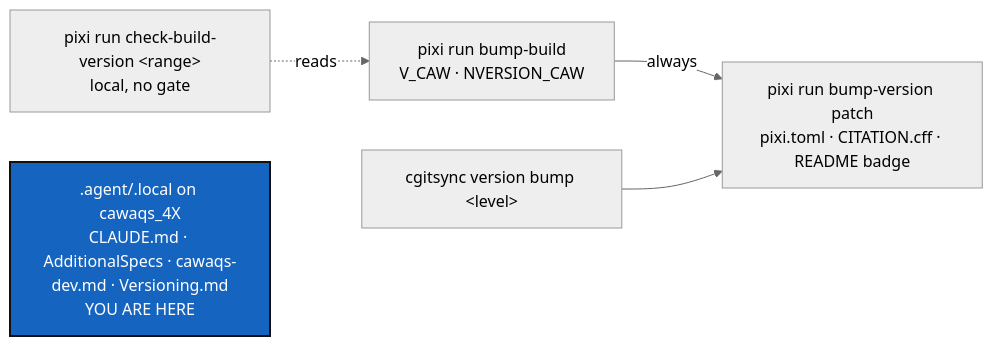
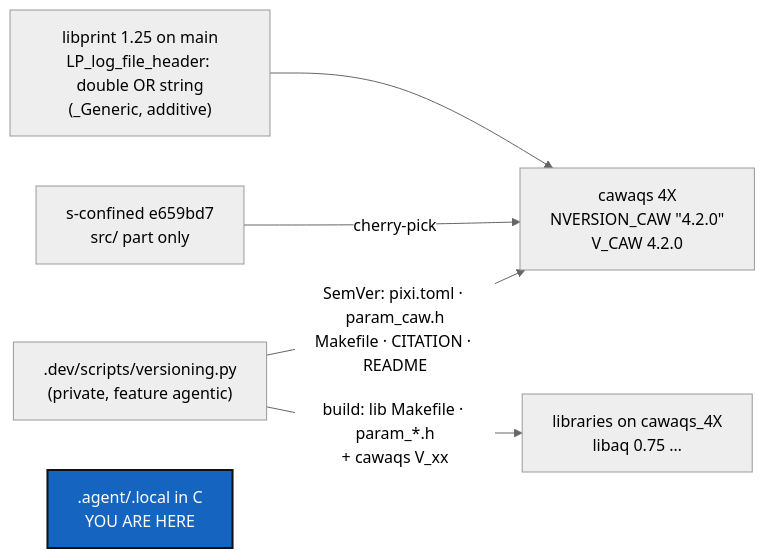
One commit to flipoyo/.dev changed the diagram in DevTickets/openTickets/4X_1-2_BuildSemVerAgenticC_DevPlanTicket.md. Above: the diagram before and after it, drawn with Mermaid (neutral theme). The commit also changed other lines of this file and 1 other file, not shown here.

Commit message:
cawaqs-4.2.0 adding versioning ticket based on libfp

````diff
--- a/DevTickets/openTickets/4X_1-2_BuildSemVerAgenticC_DevPlanTicket.md
+++ b/DevTickets/openTickets/4X_1-2_BuildSemVerAgenticC_DevPlanTicket.md
@@ -60,10 +88,11 @@
 ```mermaid
 graph LR
-    BB["pixi run bump-build<br/>V_CAW · NVERSION_CAW"] -->|"always"| BV["pixi run bump-version patch<br/>pixi.toml · CITATION.cff · README badge"]
-    CV["cgitsync version bump &lt;level&gt;"] --> BV
-    CK["pixi run check-build-version &lt;range&gt;<br/>local, no gate"] -.->|reads| BB
-    OS[".agent/.local on cawaqs_4X<br/>CLAUDE.md · AdditionalSpecs · cawaqs-dev.md · Versioning.md<br/>YOU ARE HERE"]
+    LP["libprint 1.25 on main<br/>LP_log_file_header: double OR string<br/>(_Generic, additive)"] --> C4
+    SC["s-confined e659bd7<br/>src/ part only"] -->|"cherry-pick"| C4["cawaqs 4X<br/>NVERSION_CAW &quot;4.2.0&quot;<br/>V_CAW 4.2.0"]
+    V[".dev/scripts/versioning.py<br/>(private, feature agentic)"] -->|"SemVer: pixi.toml · param_caw.h<br/>Makefile · CITATION · README"| C4
+    V -->|"build: lib Makefile · param_*.h<br/>+ cawaqs V_xx"| L["libraries on cawaqs_4X<br/>libaq 0.75 …"]
+    OS[".agent/.local in C<br/>YOU ARE HERE"]
 
     classDef here fill:#1565C0,color:#fff,stroke:#111,stroke-width:2px;
     class OS here;
 ```
````
